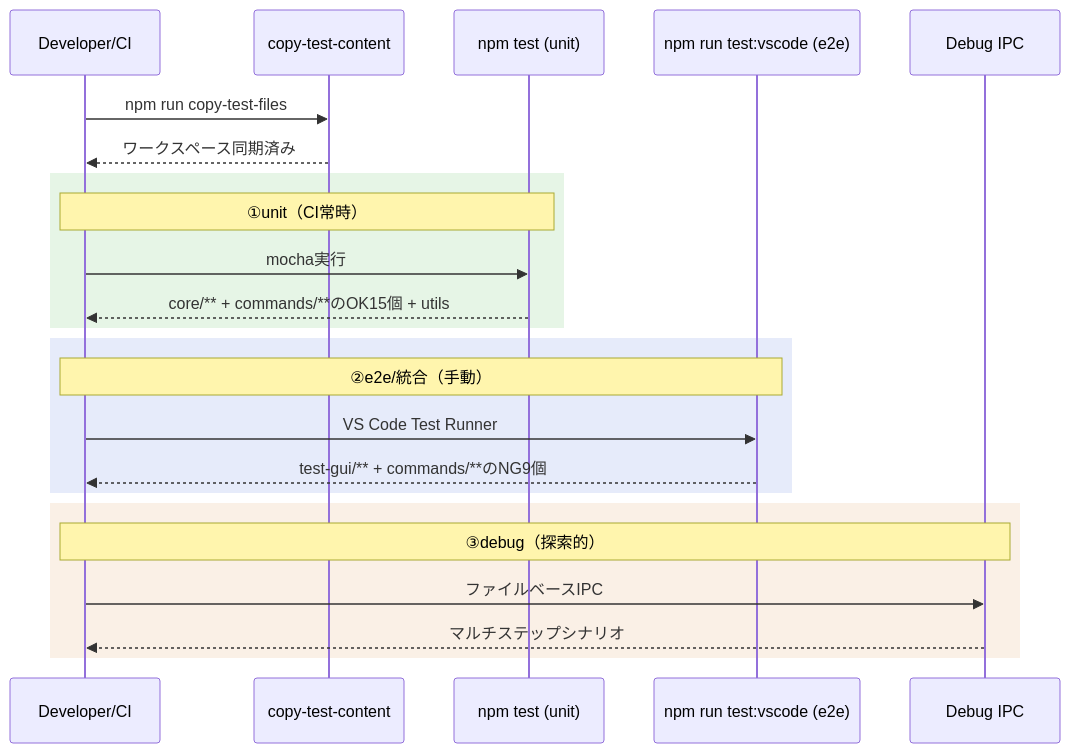
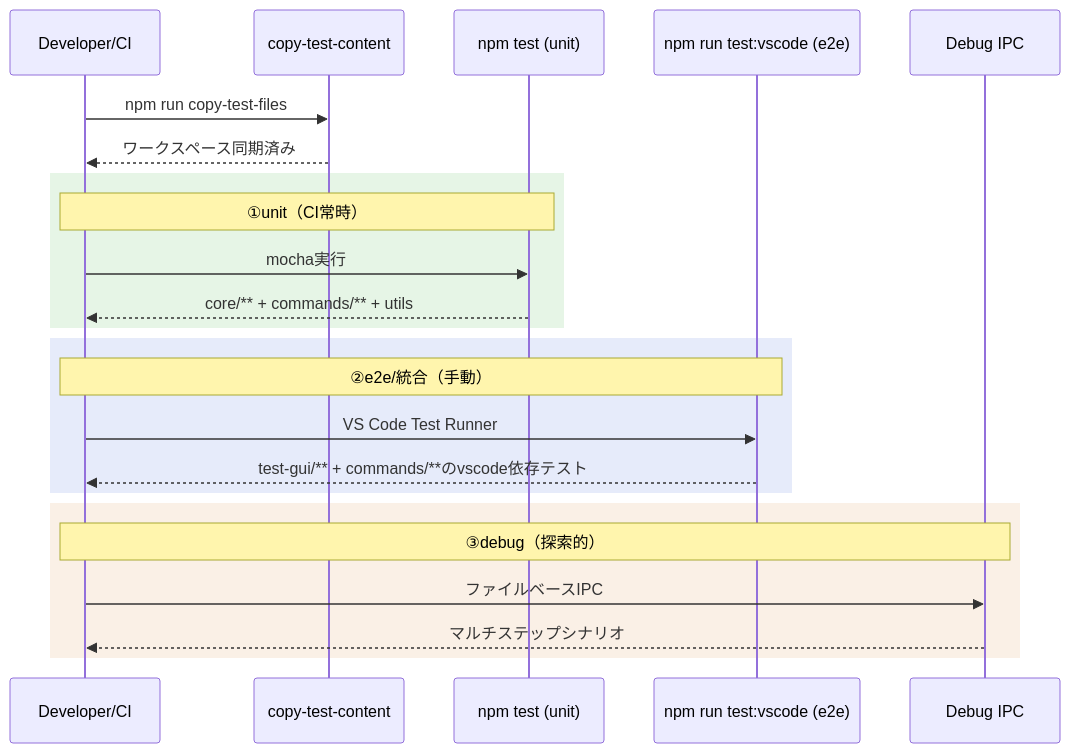
Before and after one commit to mochimochiki/mdait: the diagram in docs/design/test.md, drawn with Mermaid. The commit also changed other lines of this file and 30 other files, not shown here.

````diff
--- a/docs/design/test.md
+++ b/docs/design/test.md
@@ -69,29 +69,29 @@
 ```mermaid
 sequenceDiagram
 	participant Dev as Developer/CI
 	participant Task as copy-test-content
 	participant Unit as npm test (unit)
 	participant E2E as npm run test:vscode (e2e)
 	participant IPC as Debug IPC
 
 	Dev->>Task: npm run copy-test-files
 	Task-->>Dev: ワークスペース同期済み
 
 	rect rgb(230,245,230)
 		Note over Dev,Unit: ①unit（CI常時）
 		Dev->>Unit: mocha実行
-		Unit-->>Dev: core/** + commands/**のOK15個 + utils
+		Unit-->>Dev: core/** + commands/** + utils
 	end
 
 	rect rgb(230,235,250)
 		Note over Dev,E2E: ②e2e/統合（手動）
 		Dev->>E2E: VS Code Test Runner
-		E2E-->>Dev: test-gui/** + commands/**のNG9個
+		E2E-->>Dev: test-gui/** + commands/**のvscode依存テスト
 	end
 
 	rect rgb(250,240,230)
 		Note over Dev,IPC: ③debug（探索的）
 		Dev->>IPC: ファイルベースIPC
 		IPC-->>Dev: マルチステップシナリオ
 	end
 ```
````
